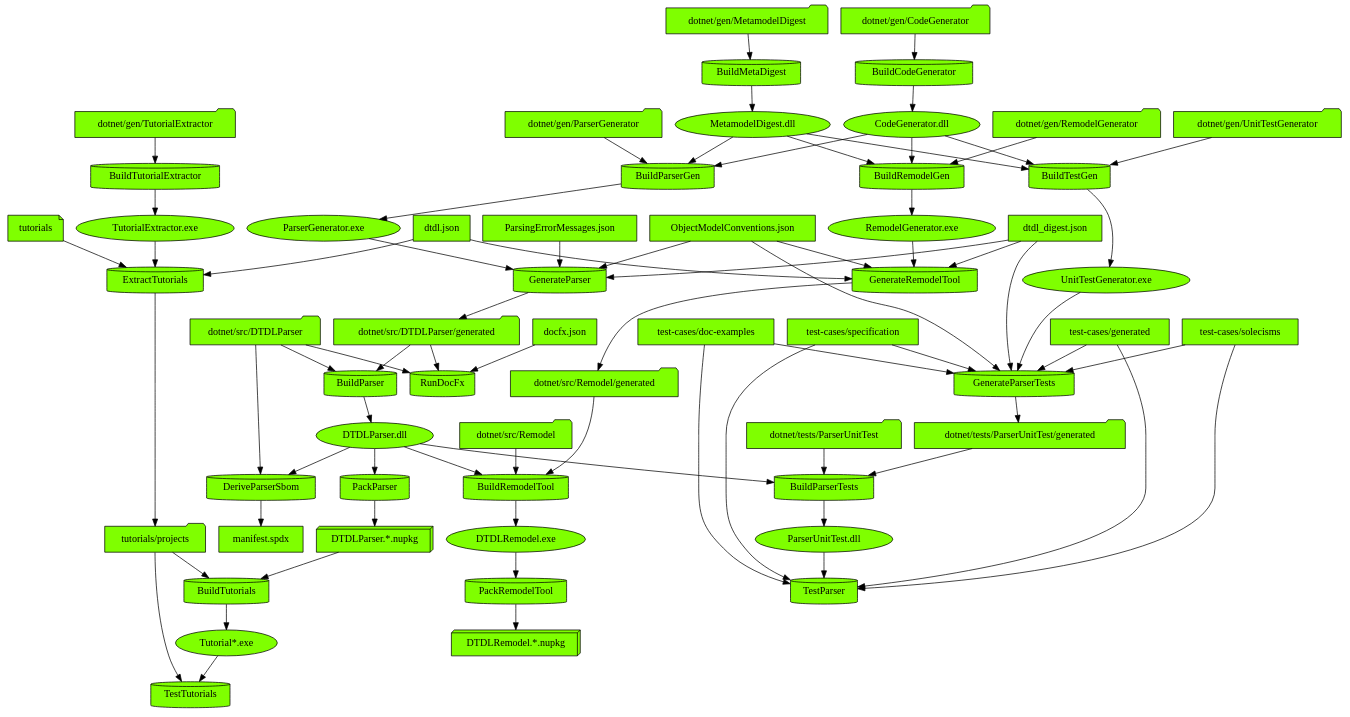
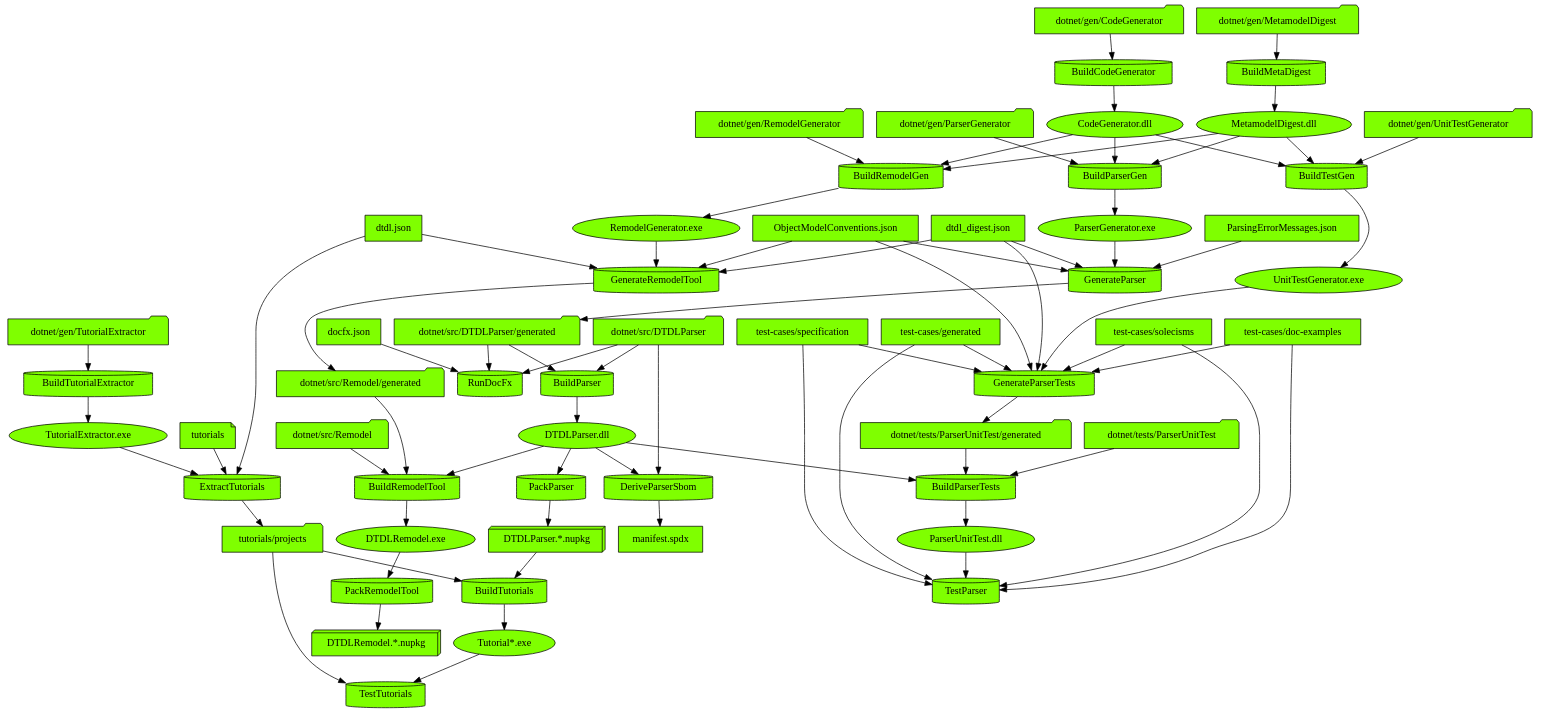
One commit to digitaltwinconsortium/DTDLParser changed the diagram in images/input/generated/DevelopFlowDiagram.dot. Above: the diagram before and after it, drawn with Graphviz. The commit also changed other lines of this file and 7 other files, not shown here.

```diff
--- a/images/input/generated/DevelopFlowDiagram.dot
+++ b/images/input/generated/DevelopFlowDiagram.dot
@@ -1,131 +1,131 @@
 digraph {
   {
+    "BuildParserGen" [shape=cylinder style=filled fillcolor=chartreuse]
+    "BuildRemodelTool" [shape=cylinder style=filled fillcolor=chartreuse]
     "ExtractTutorials" [shape=cylinder style=filled fillcolor=chartreuse]
+    "BuildTutorialExtractor" [shape=cylinder style=filled fillcolor=chartreuse]
+    "PackParser" [shape=cylinder style=filled fillcolor=chartreuse]
+    "BuildParserTests" [shape=cylinder style=filled fillcolor=chartreuse]
+    "PackRemodelTool" [shape=cylinder style=filled fillcolor=chartreuse]
+    "RunDocFx" [shape=cylinder style=filled fillcolor=chartreuse]
+    "TestParser" [shape=cylinder style=filled fillcolor=chartreuse]
+    "GenerateParser" [shape=cylinder style=filled fillcolor=chartreuse]
+    "TestTutorials" [shape=cylinder style=filled fillcolor=chartreuse]
+    "BuildRemodelGen" [shape=cylinder style=filled fillcolor=chartreuse]
+    "GenerateParserTests" [shape=cylinder style=filled fillcolor=chartreuse]
+    "DeriveParserSbom" [shape=cylinder style=filled fillcolor=chartreuse]
     "BuildTutorials" [shape=cylinder style=filled fillcolor=chartreuse]
-    "GenerateParserTests" [shape=cylinder style=filled fillcolor=chartreuse]
-    "BuildParserGen" [shape=cylinder style=filled fillcolor=chartreuse]
-    "TestTutorials" [shape=cylinder style=filled fillcolor=chartreuse]
+    "BuildParser" [shape=cylinder style=filled fillcolor=chartreuse]
+    "BuildMetaDigest" [shape=cylinder style=filled fillcolor=chartreuse]
+    "BuildCodeGenerator" [shape=cylinder style=filled fillcolor=chartreuse]
+    "BuildTestGen" [shape=cylinder style=filled fillcolor=chartreuse]
     "GenerateRemodelTool" [shape=cylinder style=filled fillcolor=chartreuse]
-    "PackParser" [shape=cylinder style=filled fillcolor=chartreuse]
-    "BuildMetaDigest" [shape=cylinder style=filled fillcolor=chartreuse]
-    "BuildTestGen" [shape=cylinder style=filled fillcolor=chartreuse]
-    "PackRemodelTool" [shape=cylinder style=filled fillcolor=chartreuse]
-    "BuildRemodelGen" [shape=cylinder style=filled fillcolor=chartreuse]
-    "BuildTutorialExtractor" [shape=cylinder style=filled fillcolor=chartreuse]
-    "BuildCodeGenerator" [shape=cylinder style=filled fillcolor=chartreuse]
-    "TestParser" [shape=cylinder style=filled fillcolor=chartreuse]
-    "DeriveParserSbom" [shape=cylinder style=filled fillcolor=chartreuse]
-    "BuildParser" [shape=cylinder style=filled fillcolor=chartreuse]
-    "BuildParserTests" [shape=cylinder style=filled fillcolor=chartreuse]
-    "GenerateParser" [shape=cylinder style=filled fillcolor=chartreuse]
-    "RunDocFx" [shape=cylinder style=filled fillcolor=chartreuse]
-    "BuildRemodelTool" [shape=cylinder style=filled fillcolor=chartreuse]
+    "dotnet/gen/ParserGenerator" [shape=folder style=filled fillcolor=chartreuse]
+    "MetamodelDigest.dll" [shape=ellipse style=filled fillcolor=chartreuse]
+    "CodeGenerator.dll" [shape=ellipse style=filled fillcolor=chartreuse]
+    "ParserGenerator.exe" [shape=ellipse style=filled fillcolor=chartreuse]
+    "dotnet/src/Remodel" [shape=folder style=filled fillcolor=chartreuse]
+    "dotnet/src/Remodel/generated" [shape=folder style=filled fillcolor=chartreuse]
+    "DTDLParser.dll" [shape=ellipse style=filled fillcolor=chartreuse]
+    "DTDLRemodel.exe" [shape=ellipse style=filled fillcolor=chartreuse]
     "TutorialExtractor.exe" [shape=ellipse style=filled fillcolor=chartreuse]
     "dtdl.json" [shape=box style=filled fillcolor=chartreuse]
     "tutorials" [shape=note style=filled fillcolor=chartreuse]
     "tutorials/projects" [shape=folder style=filled fillcolor=chartreuse]
+    "dotnet/gen/TutorialExtractor" [shape=folder style=filled fillcolor=chartreuse]
     "DTDLParser.*.nupkg" [shape=box3d style=filled fillcolor=chartreuse]
-    "Tutorial*.exe" [shape=ellipse style=filled fillcolor=chartreuse]
-    "UnitTestGenerator.exe" [shape=ellipse style=filled fillcolor=chartreuse]
-    "dtdl_digest.json" [shape=box style=filled fillcolor=chartreuse]
-    "ObjectModelConventions.json" [shape=box style=filled fillcolor=chartreuse]
+    "dotnet/tests/ParserUnitTest" [shape=folder style=filled fillcolor=chartreuse]
+    "dotnet/tests/ParserUnitTest/generated" [shape=folder style=filled fillcolor=chartreuse]
+    "ParserUnitTest.dll" [shape=ellipse style=filled fillcolor=chartreuse]
+    "DTDLRemodel.*.nupkg" [shape=box3d style=filled fillcolor=chartreuse]
+    "dotnet/src/DTDLParser" [shape=folder style=filled fillcolor=chartreuse]
+    "dotnet/src/DTDLParser/generated" [shape=folder style=filled fillcolor=chartreuse]
+    "docfx.json" [shape=box style=filled fillcolor=chartreuse]
     "test-cases/generated" [shape=box style=filled fillcolor=chartreuse]
     "test-cases/solecisms" [shape=box style=filled fillcolor=chartreuse]
     "test-cases/doc-examples" [shape=box style=filled fillcolor=chartreuse]
     "test-cases/specification" [shape=box style=filled fillcolor=chartreuse]
-    "dotnet/tests/ParserUnitTest/generated" [shape=folder style=filled fillcolor=chartreuse]
-    "dotnet/gen/ParserGenerator" [shape=folder style=filled fillcolor=chartreuse]
-    "MetamodelDigest.dll" [shape=ellipse style=filled fillcolor=chartreuse]
-    "CodeGenerator.dll" [shape=ellipse style=filled fillcolor=chartreuse]
-    "ParserGenerator.exe" [shape=ellipse style=filled fillcolor=chartreuse]
+    "dtdl_digest.json" [shape=box style=filled fillcolor=chartreuse]
+    "ObjectModelConventions.json" [shape=box style=filled fillcolor=chartreuse]
+    "ParsingErrorMessages.json" [shape=box style=filled fillcolor=chartreuse]
+    "Tutorial*.exe" [shape=ellipse style=filled fillcolor=chartreuse]
+    "dotnet/gen/RemodelGenerator" [shape=folder style=filled fillcolor=chartreuse]
     "RemodelGenerator.exe" [shape=ellipse style=filled fillcolor=chartreuse]
-    "dotnet/src/Remodel/generated" [shape=folder style=filled fillcolor=chartreuse]
-    "DTDLParser.dll" [shape=ellipse style=filled fillcolor=chartreuse]
+    "UnitTestGenerator.exe" [shape=ellipse style=filled fillcolor=chartreuse]
+    "manifest.spdx" [shape=box style=filled fillcolor=chartreuse]
     "dotnet/gen/MetamodelDigest" [shape=folder style=filled fillcolor=chartreuse]
+    "dotnet/gen/CodeGenerator" [shape=folder style=filled fillcolor=chartreuse]
     "dotnet/gen/UnitTestGenerator" [shape=folder style=filled fillcolor=chartreuse]
-    "DTDLRemodel.exe" [shape=ellipse style=filled fillcolor=chartreuse]
-    "DTDLRemodel.*.nupkg" [shape=box3d style=filled fillcolor=chartreuse]
-    "dotnet/gen/RemodelGenerator" [shape=folder style=filled fillcolor=chartreuse]
-    "dotnet/gen/TutorialExtractor" [shape=folder style=filled fillcolor=chartreuse]
-    "dotnet/gen/CodeGenerator" [shape=folder style=filled fillcolor=chartreuse]
-    "ParserUnitTest.dll" [shape=ellipse style=filled fillcolor=chartreuse]
-    "dotnet/src/DTDLParser" [shape=folder style=filled fillcolor=chartreuse]
-    "manifest.spdx" [shape=box style=filled fillcolor=chartreuse]
-    "dotnet/src/DTDLParser/generated" [shape=folder style=filled fillcolor=chartreuse]
-    "dotnet/tests/ParserUnitTest" [shape=folder style=filled fillcolor=chartreuse]
-    "ParsingErrorMessages.json" [shape=box style=filled fillcolor=chartreuse]
-    "docfx.json" [shape=box style=filled fillcolor=chartreuse]
-    "dotnet/src/Remodel" [shape=folder style=filled fillcolor=chartreuse]
   }
+  "dotnet/gen/ParserGenerator" -> "BuildParserGen"
+  "MetamodelDigest.dll" -> "BuildParserGen"
+  "CodeGenerator.dll" -> "BuildParserGen"
+  "BuildParserGen" -> "ParserGenerator.exe"
+  "dotnet/src/Remodel" -> "BuildRemodelTool"
+  "dotnet/src/Remodel/generated" -> "BuildRemodelTool"
+  "DTDLParser.dll" -> "BuildRemodelTool"
+  "BuildRemodelTool" -> "DTDLRemodel.exe"
   "TutorialExtractor.exe" -> "ExtractTutorials"
   "dtdl.json" -> "ExtractTutorials"
   "tutorials" -> "ExtractTutorials"
   "ExtractTutorials" -> "tutorials/projects"
-  "DTDLParser.*.nupkg" -> "BuildTutorials"
-  "tutorials/projects" -> "BuildTutorials"
-  "BuildTutorials" -> "Tutorial*.exe"
+  "dotnet/gen/TutorialExtractor" -> "BuildTutorialExtractor"
+  "BuildTutorialExtractor" -> "TutorialExtractor.exe"
+  "DTDLParser.dll" -> "PackParser"
+  "PackParser" -> "DTDLParser.*.nupkg"
+  "dotnet/tests/ParserUnitTest" -> "BuildParserTests"
+  "dotnet/tests/ParserUnitTest/generated" -> "BuildParserTests"
+  "DTDLParser.dll" -> "BuildParserTests"
+  "BuildParserTests" -> "ParserUnitTest.dll"
+  "DTDLRemodel.exe" -> "PackRemodelTool"
+  "PackRemodelTool" -> "DTDLRemodel.*.nupkg"
+  "dotnet/src/DTDLParser" -> "RunDocFx"
+  "dotnet/src/DTDLParser/generated" -> "RunDocFx"
+  "docfx.json" -> "RunDocFx"
+  "ParserUnitTest.dll" -> "TestParser"
+  "test-cases/generated" -> "TestParser"
+  "test-cases/solecisms" -> "TestParser"
+  "test-cases/doc-examples" -> "TestParser"
+  "test-cases/specification" -> "TestParser"
+  "ParserGenerator.exe" -> "GenerateParser"
+  "dtdl_digest.json" -> "GenerateParser"
+  "ObjectModelConventions.json" -> "GenerateParser"
+  "ParsingErrorMessages.json" -> "GenerateParser"
+  "GenerateParser" -> "dotnet/src/DTDLParser/generated"
+  "Tutorial*.exe" -> "TestTutorials"
+  "tutorials/projects" -> "TestTutorials"
+  "dotnet/gen/RemodelGenerator" -> "BuildRemodelGen"
+  "MetamodelDigest.dll" -> "BuildRemodelGen"
+  "CodeGenerator.dll" -> "BuildRemodelGen"
+  "BuildRemodelGen" -> "RemodelGenerator.exe"
   "UnitTestGenerator.exe" -> "GenerateParserTests"
   "dtdl_digest.json" -> "GenerateParserTests"
   "ObjectModelConventions.json" -> "GenerateParserTests"
   "test-cases/generated" -> "GenerateParserTests"
   "test-cases/solecisms" -> "GenerateParserTests"
   "test-cases/doc-examples" -> "GenerateParserTests"
   "test-cases/specification" -> "GenerateParserTests"
   "GenerateParserTests" -> "dotnet/tests/ParserUnitTest/generated"
-  "dotnet/gen/ParserGenerator" -> "BuildParserGen"
-  "MetamodelDigest.dll" -> "BuildParserGen"
-  "CodeGenerator.dll" -> "BuildParserGen"
-  "BuildParserGen" -> "ParserGenerator.exe"
-  "Tutorial*.exe" -> "TestTutorials"
-  "tutorials/projects" -> "TestTutorials"
+  "DTDLParser.dll" -> "DeriveParserSbom"
+  "dotnet/src/DTDLParser" -> "DeriveParserSbom"
+  "DeriveParserSbom" -> "manifest.spdx"
+  "DTDLParser.*.nupkg" -> "BuildTutorials"
+  "tutorials/projects" -> "BuildTutorials"
+  "BuildTutorials" -> "Tutorial*.exe"
+  "dotnet/src/DTDLParser" -> "BuildParser"
+  "dotnet/src/DTDLParser/generated" -> "BuildParser"
+  "BuildParser" -> "DTDLParser.dll"
+  "dotnet/gen/MetamodelDigest" -> "BuildMetaDigest"
+  "BuildMetaDigest" -> "MetamodelDigest.dll"
+  "dotnet/gen/CodeGenerator" -> "BuildCodeGenerator"
+  "BuildCodeGenerator" -> "CodeGenerator.dll"
+  "dotnet/gen/UnitTestGenerator" -> "BuildTestGen"
+  "MetamodelDigest.dll" -> "BuildTestGen"
+  "CodeGenerator.dll" -> "BuildTestGen"
+  "BuildTestGen" -> "UnitTestGenerator.exe"
   "RemodelGenerator.exe" -> "GenerateRemodelTool"
   "dtdl.json" -> "GenerateRemodelTool"
   "dtdl_digest.json" -> "GenerateRemodelTool"
   "ObjectModelConventions.json" -> "GenerateRemodelTool"
   "GenerateRemodelTool" -> "dotnet/src/Remodel/generated"
-  "DTDLParser.dll" -> "PackParser"
-  "PackParser" -> "DTDLParser.*.nupkg"
-  "dotnet/gen/MetamodelDigest" -> "BuildMetaDigest"
-  "BuildMetaDigest" -> "MetamodelDigest.dll"
-  "dotnet/gen/UnitTestGenerator" -> "BuildTestGen"
-  "MetamodelDigest.dll" -> "BuildTestGen"
-  "CodeGenerator.dll" -> "BuildTestGen"
-  "BuildTestGen" -> "UnitTestGenerator.exe"
-  "DTDLRemodel.exe" -> "PackRemodelTool"
-  "PackRemodelTool" -> "DTDLRemodel.*.nupkg"
-  "dotnet/gen/RemodelGenerator" -> "BuildRemodelGen"
-  "MetamodelDigest.dll" -> "BuildRemodelGen"
-  "CodeGenerator.dll" -> "BuildRemodelGen"
-  "BuildRemodelGen" -> "RemodelGenerator.exe"
-  "dotnet/gen/TutorialExtractor" -> "BuildTutorialExtractor"
-  "BuildTutorialExtractor" -> "TutorialExtractor.exe"
-  "dotnet/gen/CodeGenerator" -> "BuildCodeGenerator"
-  "BuildCodeGenerator" -> "CodeGenerator.dll"
-  "ParserUnitTest.dll" -> "TestParser"
-  "test-cases/generated" -> "TestParser"
-  "test-cases/solecisms" -> "TestParser"
-  "test-cases/doc-examples" -> "TestParser"
-  "test-cases/specification" -> "TestParser"
-  "DTDLParser.dll" -> "DeriveParserSbom"
-  "dotnet/src/DTDLParser" -> "DeriveParserSbom"
-  "DeriveParserSbom" -> "manifest.spdx"
-  "dotnet/src/DTDLParser" -> "BuildParser"
-  "dotnet/src/DTDLParser/generated" -> "BuildParser"
-  "BuildParser" -> "DTDLParser.dll"
-  "dotnet/tests/ParserUnitTest" -> "BuildParserTests"
-  "dotnet/tests/ParserUnitTest/generated" -> "BuildParserTests"
-  "DTDLParser.dll" -> "BuildParserTests"
-  "BuildParserTests" -> "ParserUnitTest.dll"
-  "ParserGenerator.exe" -> "GenerateParser"
-  "dtdl_digest.json" -> "GenerateParser"
-  "ObjectModelConventions.json" -> "GenerateParser"
-  "ParsingErrorMessages.json" -> "GenerateParser"
-  "GenerateParser" -> "dotnet/src/DTDLParser/generated"
-  "dotnet/src/DTDLParser" -> "RunDocFx"
-  "dotnet/src/DTDLParser/generated" -> "RunDocFx"
-  "docfx.json" -> "RunDocFx"
-  "dotnet/src/Remodel" -> "BuildRemodelTool"
-  "dotnet/src/Remodel/generated" -> "BuildRemodelTool"
-  "DTDLParser.dll" -> "BuildRemodelTool"
-  "BuildRemodelTool" -> "DTDLRemodel.exe"
 }
```
